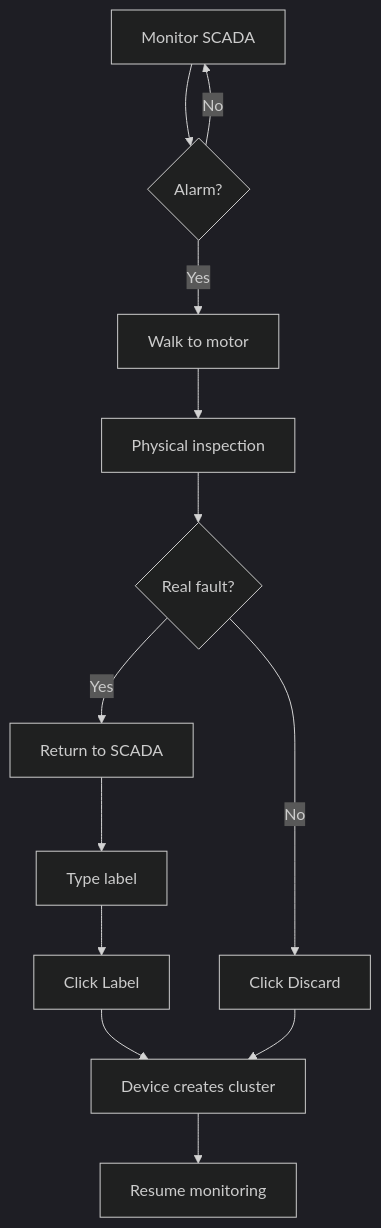
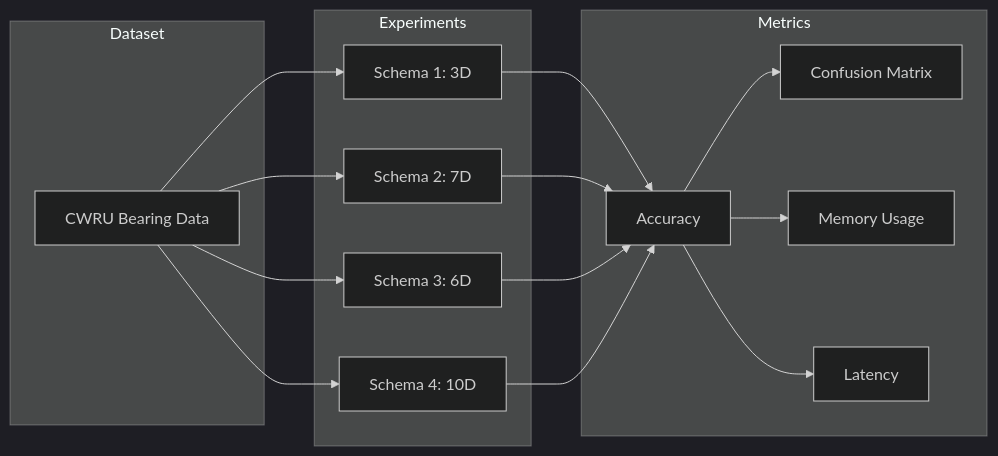
One commit to leekaize/tinyol-hitl changed the sixth of 6 diagrams in docs/ARCHITECTURE.md. Above: the diagram before and after it, drawn with Mermaid (dark theme). The commit also changed other lines of this file and 8 other files, not shown here.

````diff
--- a/docs/ARCHITECTURE.md
+++ b/docs/ARCHITECTURE.md
@@ -301,19 +211,23 @@
 ```mermaid
-graph TD
-    A[Monitor SCADA] --> B{Alarm?}
-    B -->|No| A
-    B -->|Yes| C[Walk to motor]
+flowchart LR
+    subgraph Dataset
+        A[CWRU Bearing Data]
+    end
 
-    C --> D[Physical inspection]
-    D --> E{Real fault?}
+    subgraph Experiments
+        A --> B[Schema 1: 3D]
+        A --> C[Schema 2: 7D]
+        A --> D[Schema 3: 6D]
+        A --> E[Schema 4: 10D]
+    end
 
-    E -->|Yes| F[Return to SCADA]
-    F --> G[Type label]
-    G --> H[Click Label]
-
-    E -->|No| I[Click Discard]
-
-    H --> J[Device creates cluster]
-    I --> J
-    J --> K[Resume monitoring]
+    subgraph Metrics
+        B --> F[Accuracy]
+        C --> F
+        D --> F
+        E --> F
+        F --> G[Confusion Matrix]
+        F --> H[Memory Usage]
+        F --> I[Latency]
+    end
 ```
````
